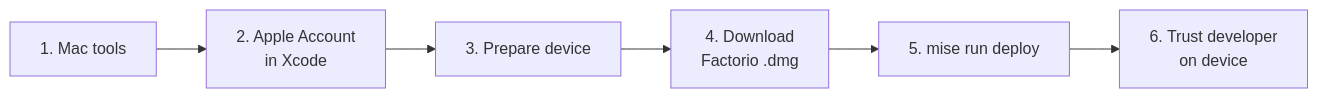
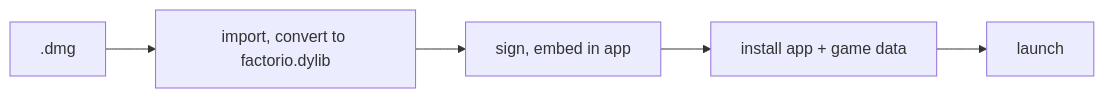
One commit to klesersurovyj-a11y/factorios changed the diagram in docs/getting-started.md. Above: the diagram before and after it, drawn with Mermaid. The commit also changed other lines of this file and 5 other files, not shown here.

````diff
--- a/docs/getting-started.md
+++ b/docs/getting-started.md
@@ -6,4 +35,4 @@
 ```mermaid
 flowchart LR
-    A[1. Mac tools] --> B[2. Apple Account<br/>in Xcode] --> C[3. Prepare device] --> D[4. Download<br/>Factorio .dmg] --> E[5. mise run deploy] --> F[6. Trust developer<br/>on device]
+    dmg[.dmg] --> prepare[import, convert to factorio.dylib] --> sign[sign, embed in app] --> install[install app + game data] --> launch
 ```
````
